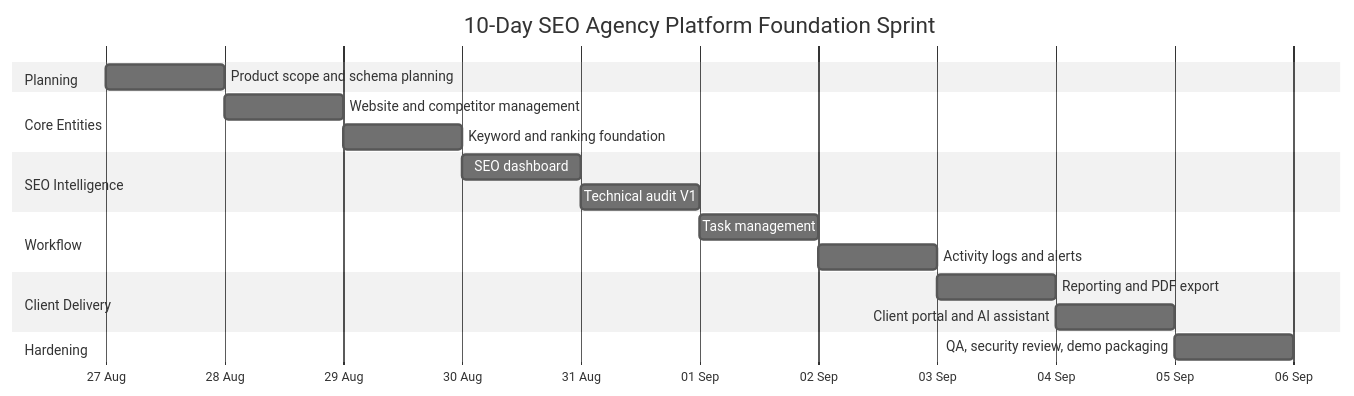
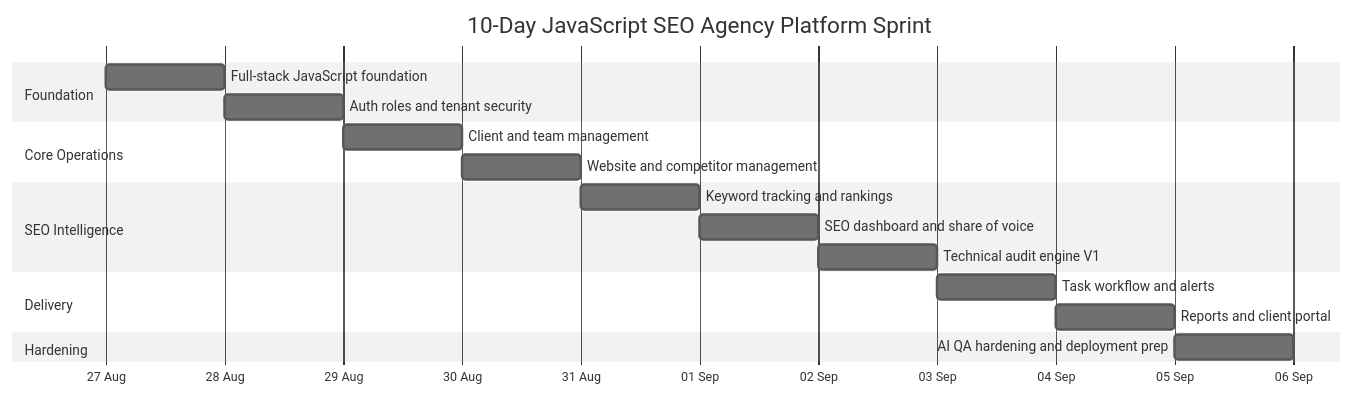
Before and after one commit to farhansldm/SLDM-seo: the seventh of 8 diagrams in features-use-cases-10-day-timeline.md, drawn with Mermaid (neutral theme). The commit also changed other lines of this file and 32 other files, not shown here.

Commit message:
Day 1 Project Foundation is implemented as a JavaScript-only full-stack foundation

````diff
--- a/features-use-cases-10-day-timeline.md
+++ b/features-use-cases-10-day-timeline.md
@@ -544,28 +628,26 @@
 ```mermaid
 gantt
-    title 10-Day SEO Agency Platform Foundation Sprint
+    title 10-Day JavaScript SEO Agency Platform Sprint
     dateFormat  YYYY-MM-DD
     axisFormat  %d %b
 
-    section Planning
-    Product scope and schema planning      :d1, 2026-08-27, 1d
+    section Foundation
+    Full-stack JavaScript foundation       :d1, 2026-08-27, 1d
+    Auth roles and tenant security         :d2, after d1, 1d
 
-    section Core Entities
-    Website and competitor management      :d2, after d1, 1d
-    Keyword and ranking foundation         :d3, after d2, 1d
+    section Core Operations
+    Client and team management             :d3, after d2, 1d
+    Website and competitor management      :d4, after d3, 1d
 
     section SEO Intelligence
-    SEO dashboard                          :d4, after d3, 1d
-    Technical audit V1                     :d5, after d4, 1d
+    Keyword tracking and rankings          :d5, after d4, 1d
+    SEO dashboard and share of voice       :d6, after d5, 1d
+    Technical audit engine V1              :d7, after d6, 1d
 
-    section Workflow
-    Task management                        :d6, after d5, 1d
-    Activity logs and alerts               :d7, after d6, 1d
-
-    section Client Delivery
-    Reporting and PDF export               :d8, after d7, 1d
-    Client portal and AI assistant         :d9, after d8, 1d
+    section Delivery
+    Task workflow and alerts               :d8, after d7, 1d
+    Reports and client portal              :d9, after d8, 1d
 
     section Hardening
-    QA, security review, demo packaging    :d10, after d9, 1d
+    AI QA hardening and deployment prep    :d10, after d9, 1d
 ```
````
